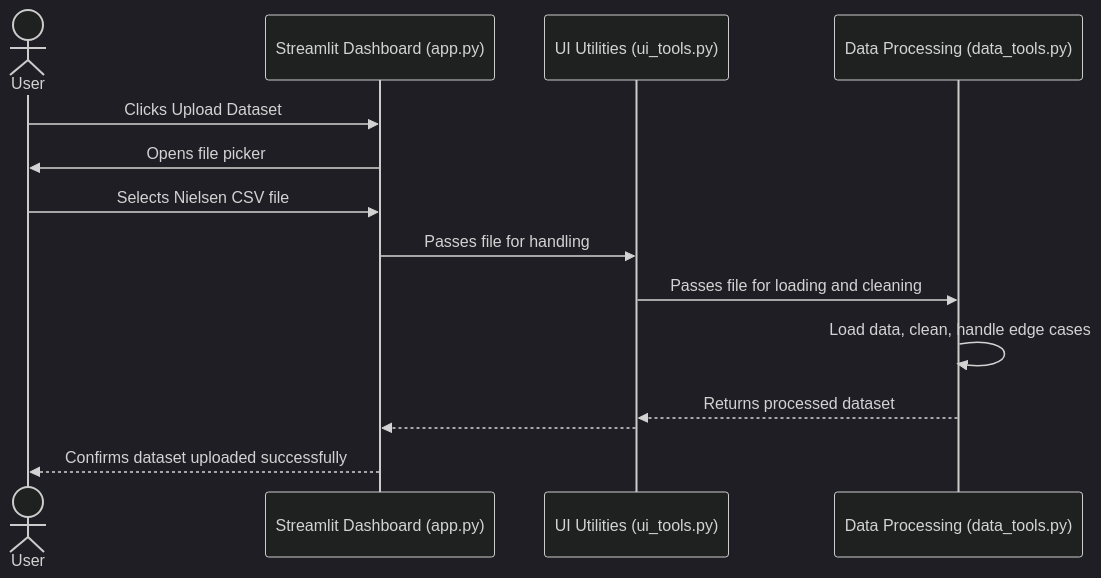
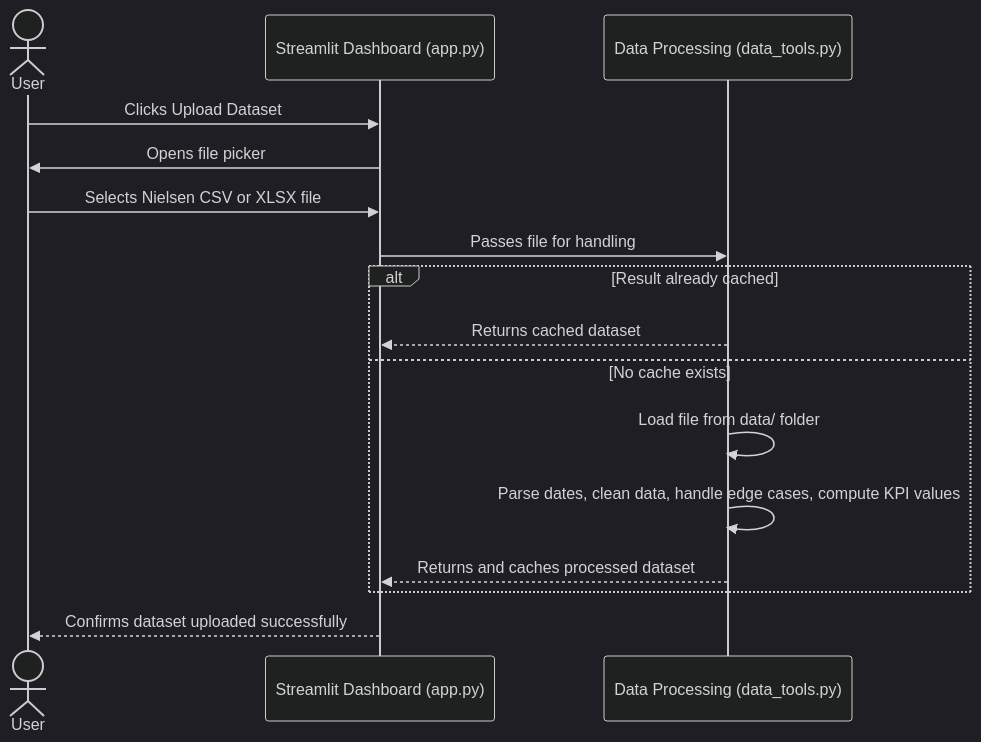
One commit to tt1m/baseline-sales-modelling-report changed the first of 4 diagrams in docs/system-design.md. Above: the diagram before and after it, drawn with Mermaid (dark theme). The commit also changed other lines of this file, not shown here.

````diff
--- a/docs/system-design.md
+++ b/docs/system-design.md
@@ -73,17 +69,19 @@
 ```mermaid
 sequenceDiagram
     actor User
     participant Dashboard as Streamlit Dashboard (app.py)
-    participant UITools as UI Utilities (ui_tools.py)
     participant DataTools as Data Processing (data_tools.py)
 
     User->>Dashboard: Clicks Upload Dataset
     Dashboard->>User: Opens file picker
-    User->>Dashboard: Selects Nielsen CSV file
-    Dashboard->>UITools: Passes file for handling
-    UITools->>DataTools: Passes file for loading and cleaning
-    DataTools->>DataTools: Load data, clean, handle edge cases
-    DataTools-->>UITools: Returns processed dataset
-    UITools-->>Dashboard:
+    User->>Dashboard: Selects Nielsen CSV or XLSX file
+    Dashboard->>DataTools: Passes file for handling
+    alt Result already cached
+        DataTools-->>Dashboard: Returns cached dataset
+    else No cache exists
+        DataTools->>DataTools: Load file from data/ folder
+        DataTools->>DataTools: Parse dates, clean data, handle edge cases, compute KPI values
+        DataTools-->>Dashboard: Returns and caches processed dataset
+    end
     Dashboard-->>User: Confirms dataset uploaded successfully
 ```
````
